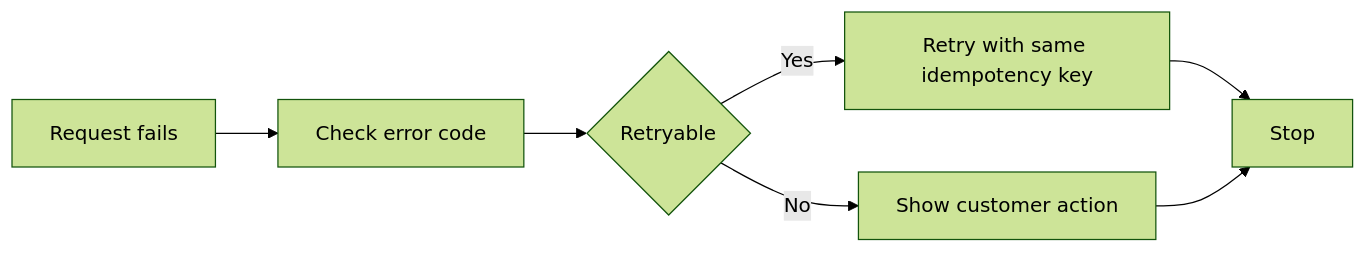
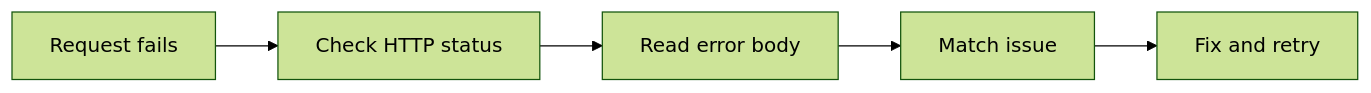
One commit to javeed-321/documentationai-wiki changed the diagram in api-docs/errors.mdx. Above: the diagram before and after it, drawn with Mermaid (forest theme). The commit also changed other lines of this file and 12 other files, not shown here.

````diff
--- a/api-docs/errors.mdx
+++ b/api-docs/errors.mdx
@@ -283,9 +31,7 @@
 ```mermaid
 graph LR
-    A[Request fails] --> B[Check error code]
-    B --> C{Retryable}
-    C -->|Yes| D[Retry with same idempotency key]
-    C -->|No| E[Show customer action]
-    D --> F[Inspect final status]
-    E --> F[Stop]
+    A[Request fails] --> B[Check HTTP status]
+    B --> C[Read error body]
+    C --> D[Match issue]
+    D --> E[Fix and retry]
 ```
````
